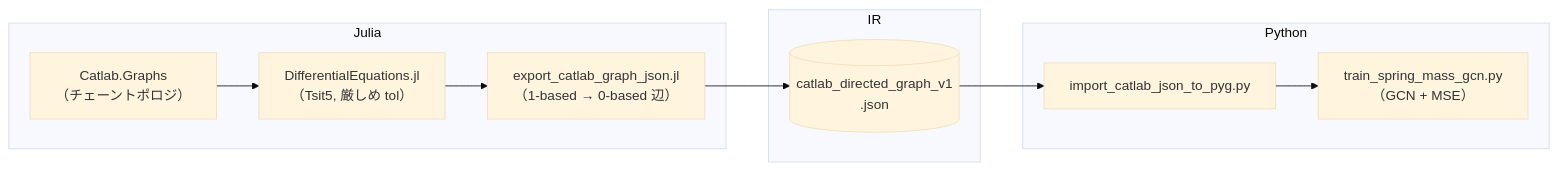
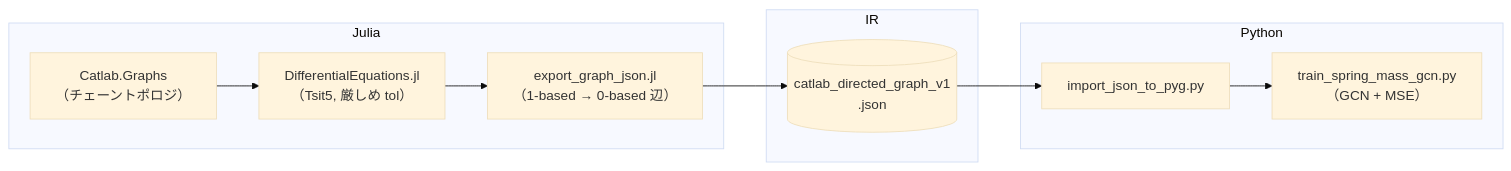
Before and after one commit to kohmaruworks/physics-gnn-surrogate-basic: the second of 2 diagrams in README.md, drawn with Mermaid (base theme). The commit also changed other lines of this file and 11 other files, not shown here.

First line of the commit message:
Restructure: src_julia/export_graph_json, src_python loader & physics_gnn_base, data/, MIT LICENSE

````diff
--- a/README.md
+++ b/README.md
@@ -199,20 +279,20 @@
 ```mermaid
 flowchart LR
   subgraph JL["Julia"]
     G["Catlab.Graphs<br/>（チェーントポロジ）"]
     O["DifferentialEquations.jl<br/>（Tsit5, 厳しめ tol）"]
-    E["export_catlab_graph_json.jl<br/>（1-based → 0-based 辺）"]
+    E["export_graph_json.jl<br/>（1-based → 0-based 辺）"]
     G --> O
     O --> E
   end
   subgraph IR["IR"]
     J[("catlab_directed_graph_v1<br/>.json")]
   end
   subgraph PY["Python"]
-    L["import_catlab_json_to_pyg.py"]
+    L["import_json_to_pyg.py"]
     T["train_spring_mass_gcn.py<br/>（GCN + MSE）"]
     L --> T
   end
   E --> J
   J --> L
 ```
````
